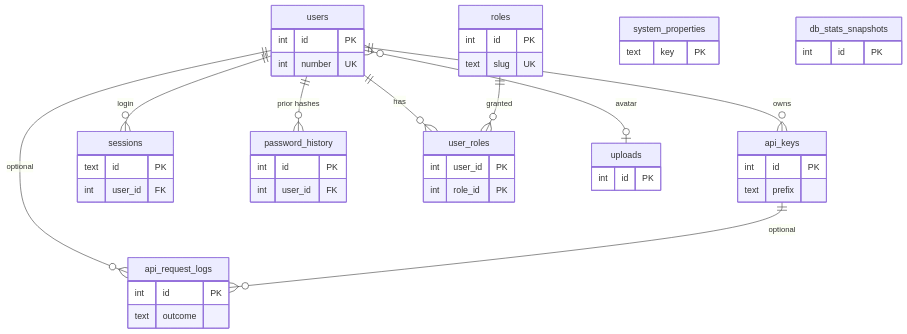
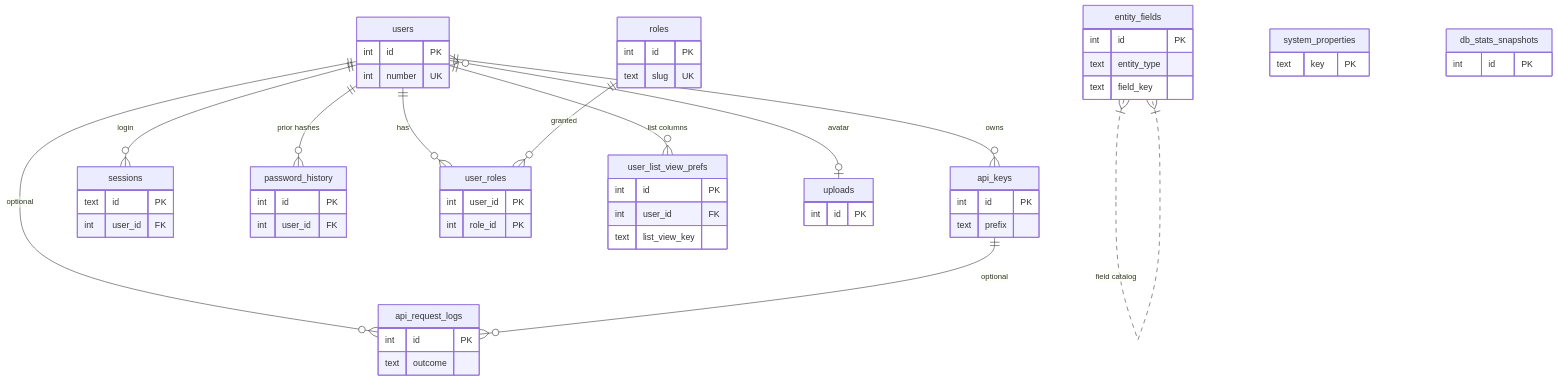
Before and after one commit to blackrook-io/taskmesh: the diagram in docs/database/platform.md, drawn with Mermaid. The commit also changed other lines of this file and 29 other files, not shown here.

First line of the commit message:
Add List View column personalization (T0056, v0.38.0).

````diff
--- a/docs/database/platform.md
+++ b/docs/database/platform.md
@@ -23,48 +25,60 @@
 ```mermaid
 erDiagram
   users ||--o{ api_keys : owns
   users ||--o{ sessions : "login"
   users ||--o{ password_history : "prior hashes"
   users ||--o{ user_roles : has
+  users ||--o{ user_list_view_prefs : "list columns"
   roles ||--o{ user_roles : granted
   users ||--o{ api_request_logs : "optional"
   api_keys ||--o{ api_request_logs : "optional"
   users }o--o| uploads : avatar
+  entity_fields }|..|{ entity_fields : "field catalog"
   users {
     int id PK
     int number UK
   }
   roles {
     int id PK
     text slug UK
   }
   user_roles {
     int user_id PK
     int role_id PK
   }
   api_keys {
     int id PK
     text prefix
   }
   sessions {
     text id PK
     int user_id FK
   }
   password_history {
     int id PK
     int user_id FK
   }
   system_properties {
     text key PK
   }
+  entity_fields {
+    int id PK
+    text entity_type
+    text field_key
+  }
+  user_list_view_prefs {
+    int id PK
+    int user_id FK
+    text list_view_key
+  }
   api_request_logs {
     int id PK
     text outcome
   }
   db_stats_snapshots {
     int id PK
   }
   uploads {
     int id PK
   }
 ```
````
